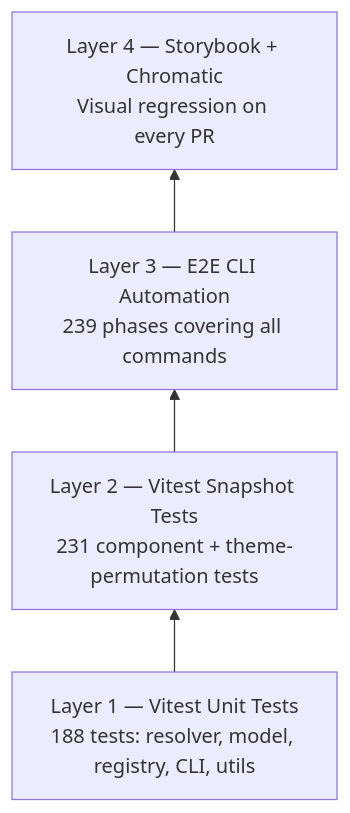
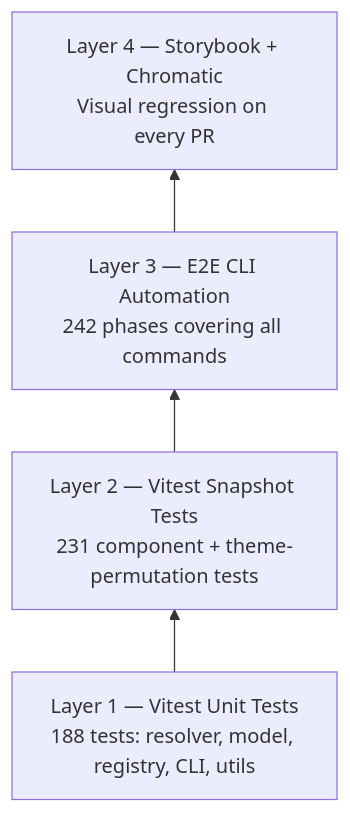
One commit to Naveen2070/project_crucible changed diagram 12 of 13 in ARCHITECTURE.md. Above: the diagram before and after it, drawn with Mermaid. The commit also changed other lines of this file and 2 other files, not shown here.

First line of the commit message:
docs: update architecture, contributing, and readme

````diff
--- a/ARCHITECTURE.md
+++ b/ARCHITECTURE.md
@@ -1282,8 +1312,8 @@
 ```mermaid
 graph BT
     L1["Layer 1 — Vitest Unit Tests<br/>188 tests: resolver, model, registry, CLI, utils"]
     L2["Layer 2 — Vitest Snapshot Tests<br/>231 component + theme-permutation tests"]
-    L3["Layer 3 — E2E CLI Automation<br/>239 phases covering all commands"]
+    L3["Layer 3 — E2E CLI Automation<br/>242 phases covering all commands"]
     L4["Layer 4 — Storybook + Chromatic<br/>Visual regression on every PR"]
     L1 --> L2 --> L3 --> L4
 ```
````
